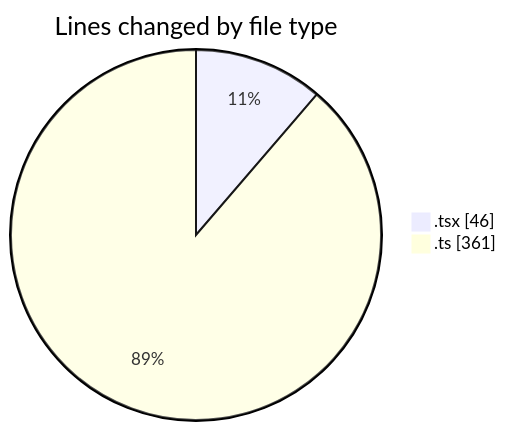
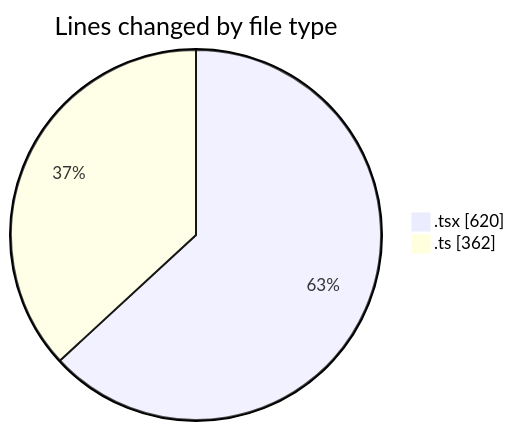
Before and after one commit to nxtqubesakshisongat/code-tracking: the first of 2 diagrams in 2026-02-18/nxtqube_webapp/README.md, drawn with Mermaid. The commit also changed other lines of this file and 1 other file, not shown here.

````diff
--- a/2026-02-18/nxtqube_webapp/README.md
+++ b/2026-02-18/nxtqube_webapp/README.md
@@ -21,6 +25,6 @@
 ```mermaid
 pie showData
 title Lines changed by file type
-".tsx" : 46
-".ts" : 361
+".tsx" : 620
+".ts" : 362
 ```
````
